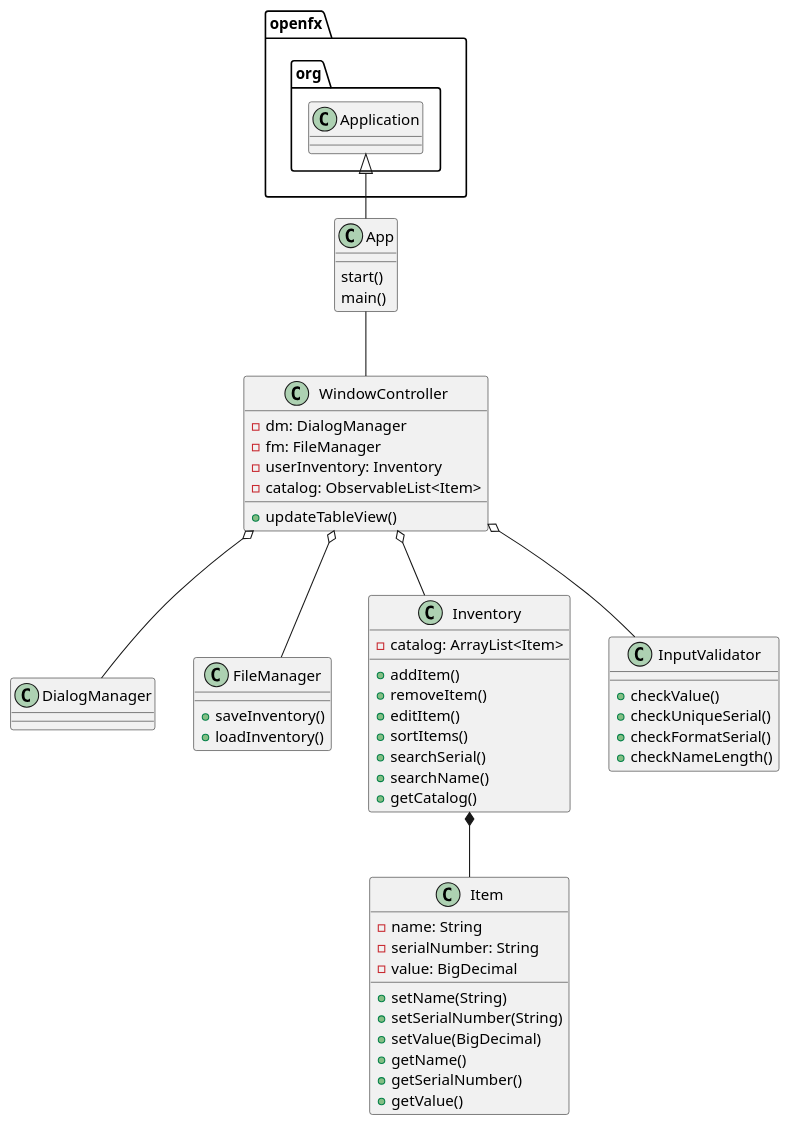
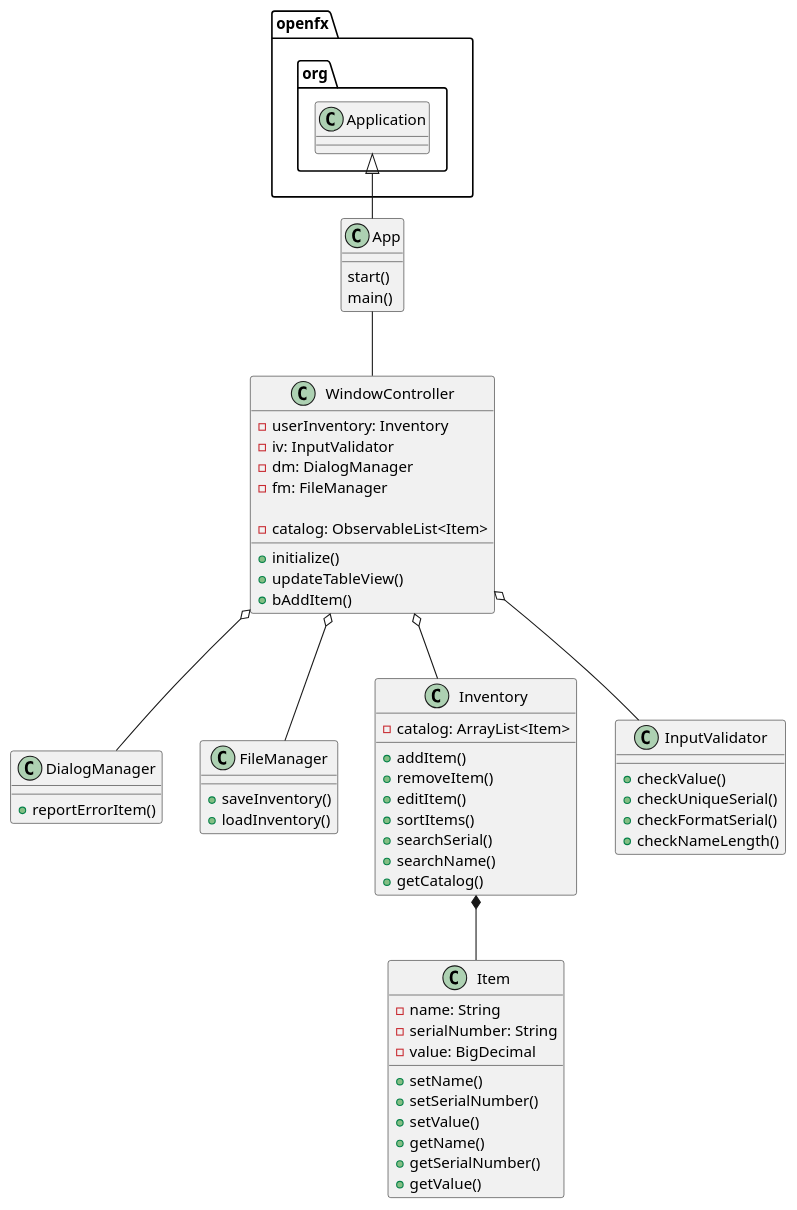
Before and after one commit to kingraham228/Ingraham-7945-a5: the diagram in uml/Inventory.puml, drawn with PlantUML. The commit also changed 2 other files, not shown here.

Commit message:
uml diagram updates

```diff
--- a/uml/Inventory.puml
+++ b/uml/Inventory.puml
@@ -1,63 +1,68 @@
 @startuml
 class App{
 start()
 main()
 }
 
 class WindowController{
+- userInventory: Inventory
+- iv: InputValidator
 - dm: DialogManager
 - fm: FileManager
-- userInventory: Inventory
+
 - catalog: ObservableList<Item>
 
++initialize()
 +updateTableView()
++bAddItem()
 }
 
 class DialogManager{
++reportErrorItem()
 }
 
 class FileManager{
 +saveInventory()
 +loadInventory()
 }
 
 class Inventory{
 - catalog: ArrayList<Item>
 
 +addItem()
 +removeItem()
 +editItem()
 +sortItems()
 +searchSerial()
 +searchName()
 +getCatalog()
 }
 
 class Item{
 -name: String
 -serialNumber: String
 -value: BigDecimal
 
-+setName(String)
-+setSerialNumber(String)
-+setValue(BigDecimal)
++setName()
++setSerialNumber()
++setValue()
 +getName()
 +getSerialNumber()
 +getValue()
 }
 
 class InputValidator{
 + checkValue()
 + checkUniqueSerial()
 + checkFormatSerial()
 + checkNameLength()
 }
 
 openfx.org.Application <|-- App
 App -- WindowController
 WindowController o-- DialogManager
 WindowController o-- FileManager
 WindowController o-- Inventory
 Inventory *-- Item
 WindowController o-- InputValidator
 @enduml
```
